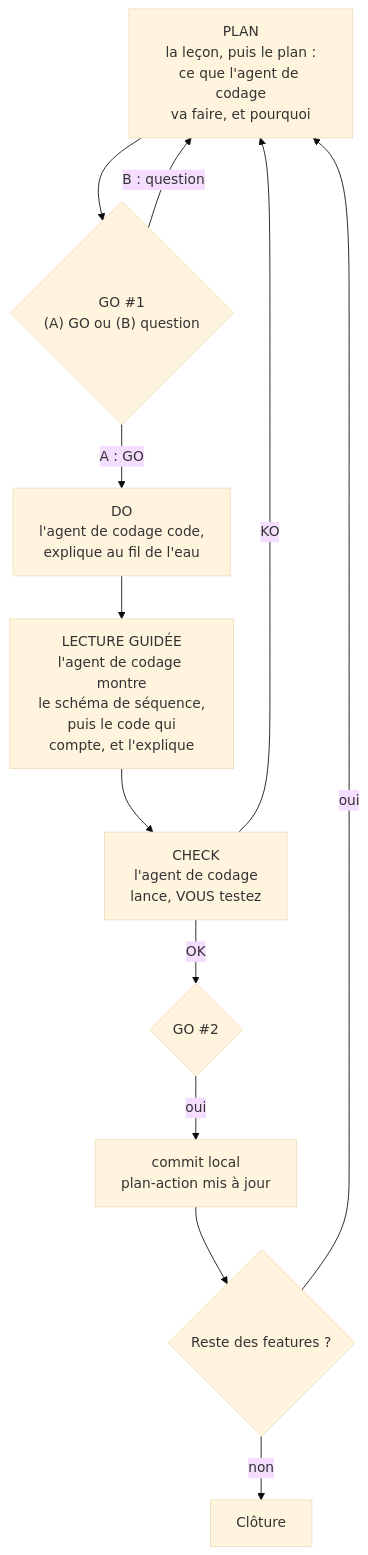
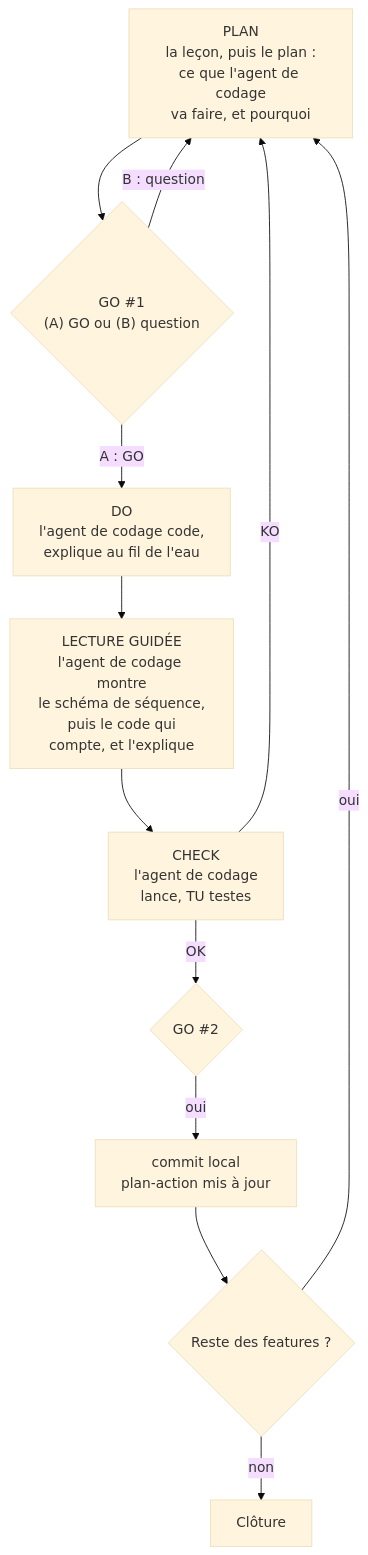
Before and after one commit to lecinquiemejour-code/goodvibe-tuto: the ninth of 42 diagrams in tuto-goodvibe-vibecoding.md, drawn with Mermaid (base theme). The commit also changed other lines of this file, not shown here.

````diff
--- a/tuto-goodvibe-vibecoding.md
+++ b/tuto-goodvibe-vibecoding.md
@@ -627,14 +627,14 @@
 ```mermaid
 flowchart TD
     P["PLAN<br/>la leçon, puis le plan :<br/>ce que l'agent de codage<br/>va faire, et pourquoi"] --> G1{"GO #1<br/>(A) GO ou (B) question"}
     G1 -- "B : question" --> P
     G1 -- "A : GO" --> DO["DO<br/>l'agent de codage code,<br/>explique au fil de l'eau"]
     DO --> LG["LECTURE GUIDÉE<br/>l'agent de codage montre<br/>le schéma de séquence,<br/>puis le code qui<br/>compte, et l'explique"]
-    LG --> CK["CHECK<br/>l'agent de codage<br/>lance, VOUS testez"]
+    LG --> CK["CHECK<br/>l'agent de codage<br/>lance, TU testes"]
     CK -- "KO" --> P
     CK -- "OK" --> G2{"GO #2"}
     G2 -- "oui" --> CM["commit local<br/>plan-action mis à jour"]
     CM --> N{"Reste des features ?"}
     N -- "oui" --> P
     N -- "non" --> ML["Clôture"]
 ```
````
